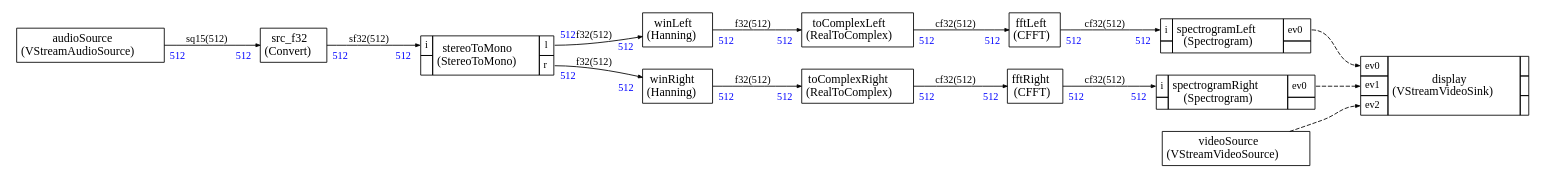
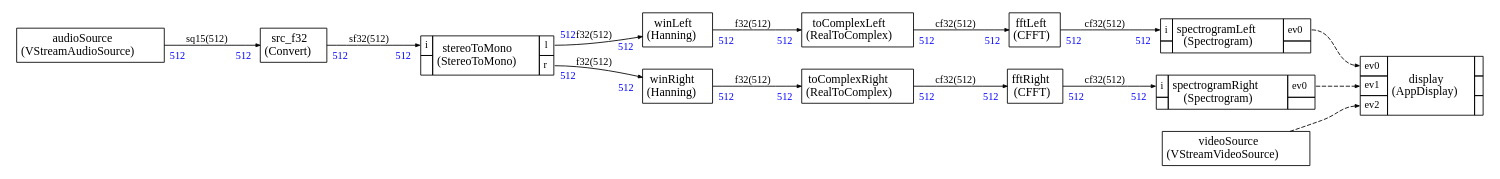
One commit to christophe0606/AlifAudioExample changed the diagram in App_HE/stream/scheduler/graph.dot. Above: the diagram before and after it, drawn with Graphviz. The commit also changed 11 other files, not shown here.

Commit message:
Rework of Display Introduce a generic class. App specific display must inherit from this class. Better use of vStream output with manual double buffering to avoid flickering.

```diff
--- a/App_HE/stream/scheduler/graph.dot
+++ b/App_HE/stream/scheduler/graph.dot
@@ -118,7 +118,7 @@
 <TABLE color="black" bgcolor="none" BORDER="0" CELLBORDER="1" CELLSPACING="0" CELLPADDING="4">
   <TR>
     <TD PORT="0"><FONT POINT-SIZE="12.0" COLOR="black">ev0</FONT></TD>
-    <TD ALIGN="CENTER" ROWSPAN="3"><FONT COLOR="black" POINT-SIZE="14.0">display<BR/>(VStreamVideoSink)</FONT></TD>
+    <TD ALIGN="CENTER" ROWSPAN="3"><FONT COLOR="black" POINT-SIZE="14.0">display<BR/>(AppDisplay)</FONT></TD>
     <TD></TD>
   </TR>
 <TR>
```
